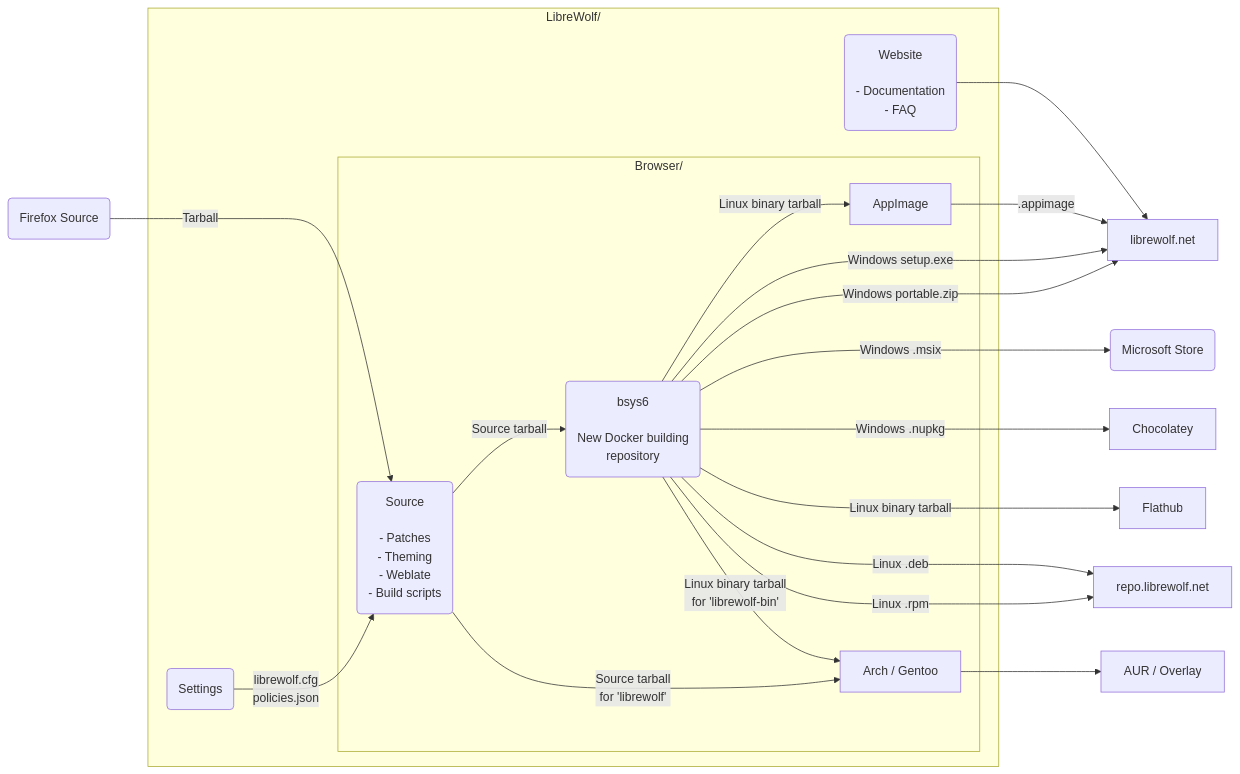
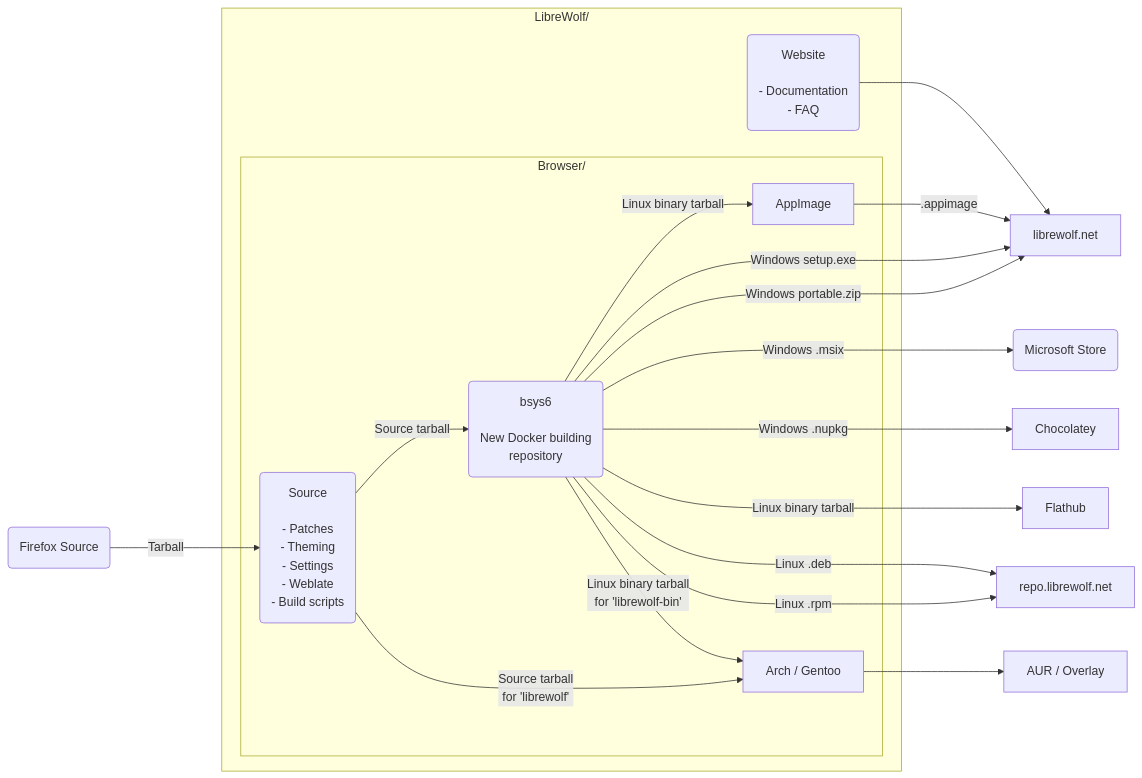
Before and after one commit to frap129/hyperfox: the diagram in README.md, drawn with Mermaid. The commit also changed other lines of this file and 9 other files, not shown here.

````diff
--- a/README.md
+++ b/README.md
@@ -18,31 +17,30 @@
 ```mermaid
 graph LR
     FFSRC(Firefox Source)
 
     FFSRC--Tarball--->Source
 
     subgraph LibreWolf/
-    Settings(Settings)--"librewolf.cfg<br>policies.json"-->Source
     Website(Website<br><br>- Documentation<br>- FAQ)
     subgraph Browser/
-        Source(Source<br><br>- Patches<br>- Theming<br>- Weblate<br>- Build scripts)
+        Source(Source<br><br>- Patches<br>- Theming<br>- Settings<br>- Weblate<br>- Build scripts)
         bsys6(bsys6<br><br>New Docker building<br>repository)
         AppImage
         ArchGentoo["Arch / Gentoo"]
     end
     end
     Website-->librewolf.net
     Source--"Source tarball"-->bsys6
     AppImage--".appimage"-->librewolf.net
     bsys6--"Windows setup.exe"--->librewolf.net
     bsys6--"Windows portable.zip"--->librewolf.net
     bsys6--"Windows .msix"--->MS("Microsoft Store")
     bsys6--"Windows .nupkg"--->Chocolatey
     bsys6--"Linux binary tarball"--->Flathub
     bsys6--"Linux binary tarball"--> AppImage
     bsys6--"Linux .deb"--->repo.librewolf.net
     bsys6--"Linux .rpm"--->repo.librewolf.net
     bsys6--"Linux binary tarball<br>for 'librewolf-bin'"--> ArchGentoo
     Source--"Source tarball<br>for 'librewolf'"-->ArchGentoo
     ArchGentoo-->AUR_Overlay["AUR / Overlay"]
 ```
````
